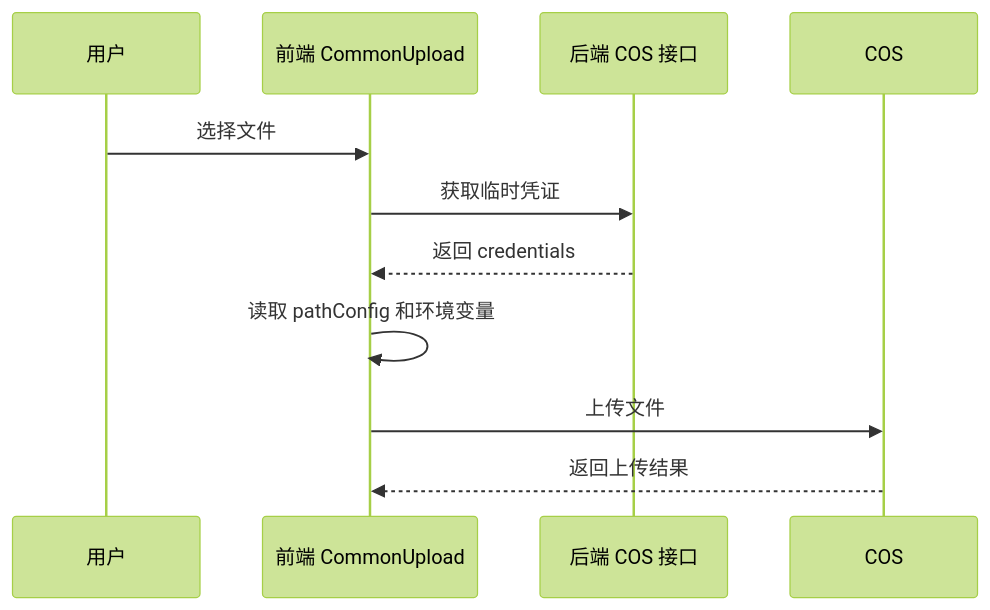
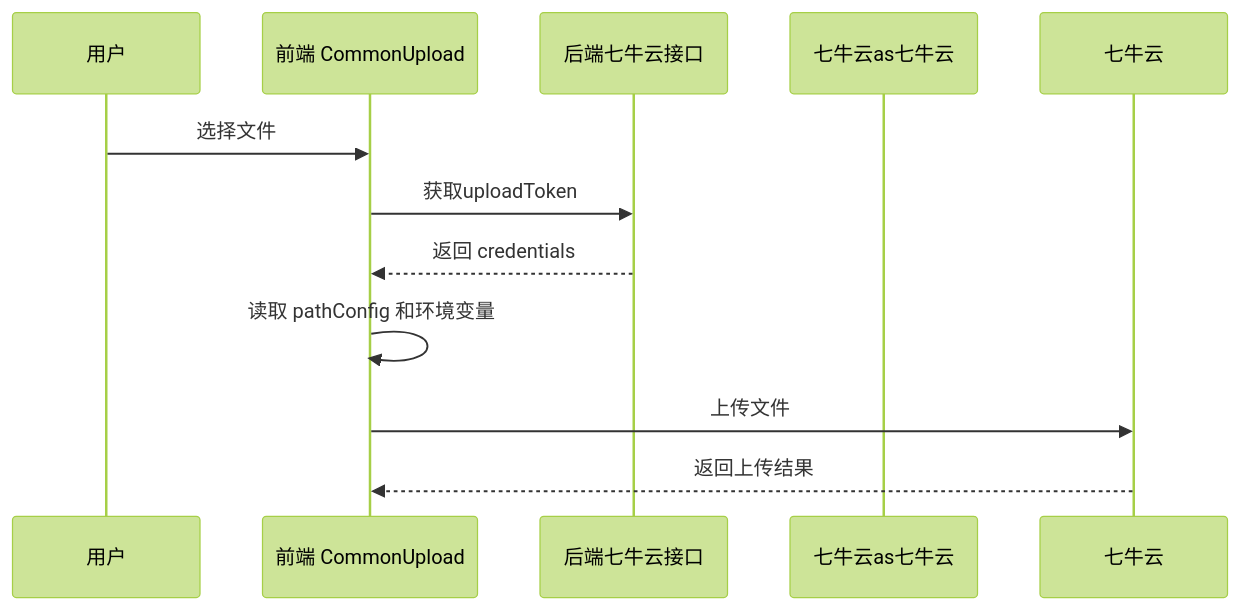
Before and after one commit to Anna0314zy/ai-video: the second of 2 diagrams in docs/02-architecture.md, drawn with Mermaid (forest theme). The commit also changed other lines of this file and 281 other files, not shown here.

````diff
--- a/docs/02-architecture.md
+++ b/docs/02-architecture.md
@@ -103,14 +105,14 @@
 ```mermaid
 sequenceDiagram
   participant User as 用户
   participant FE as 前端 CommonUpload
-  participant API as 后端 COS 接口
-  participant COS as COS
+  participant API as 后端七牛云接口
+  participant七牛云as七牛云
 
   User->>FE: 选择文件
-  FE->>API: 获取临时凭证
+  FE->>API: 获取uploadToken
   API-->>FE: 返回 credentials
   FE->>FE: 读取 pathConfig 和环境变量
-  FE->>COS: 上传文件
-  COS-->>FE: 返回上传结果
+  FE->>七牛云: 上传文件
+ 七牛云-->>FE: 返回上传结果
 ```
````
